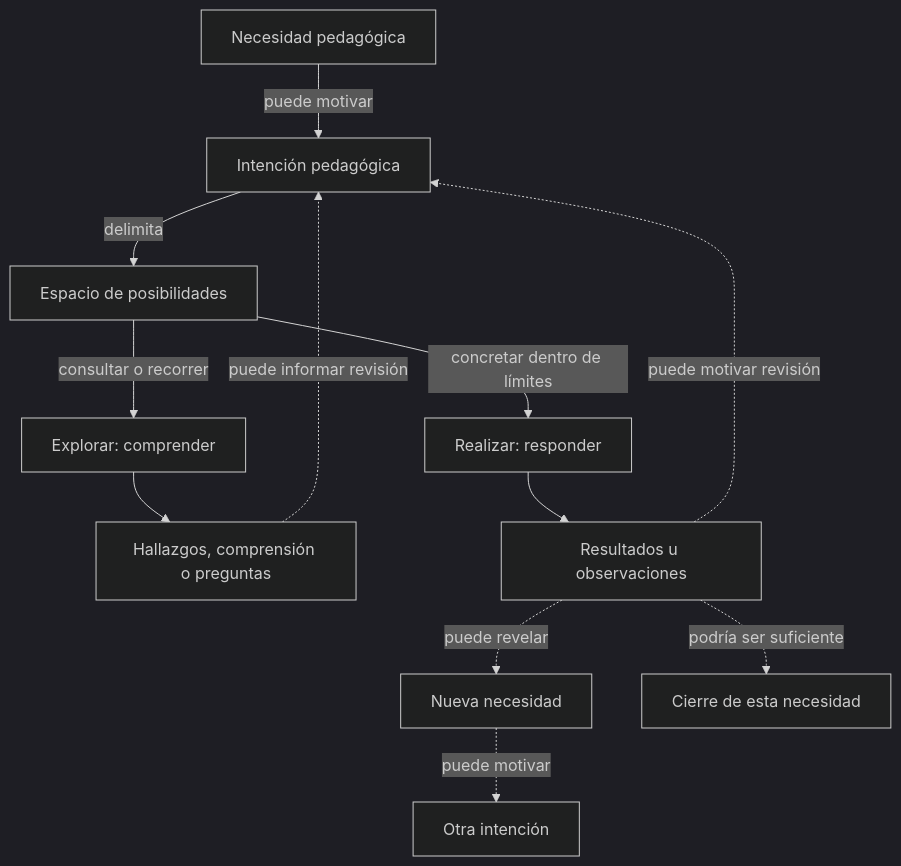
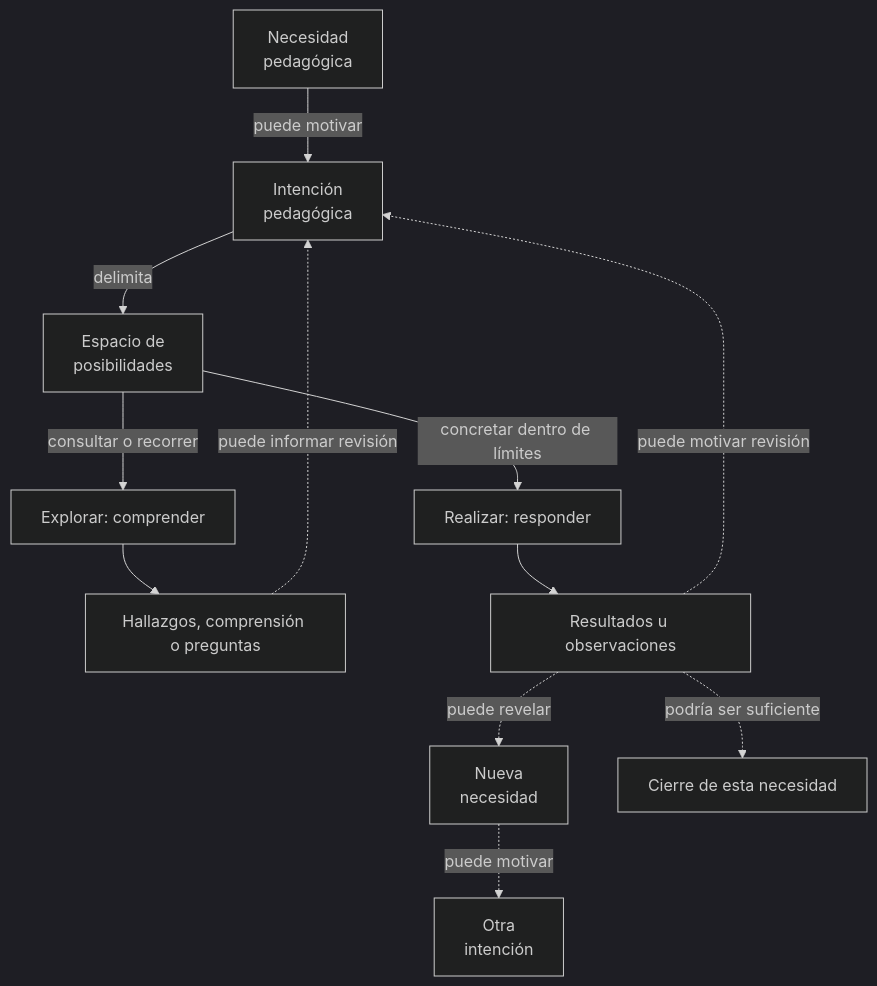
Before and after one commit to the-alive-lab/tdidacta: the diagram in lifecycle/recursive-pedagogical-resolution.md, drawn with Mermaid (dark theme).

Commit message:
docs: wrap lifecycle Mermaid node labels for readability

````diff
--- a/lifecycle/recursive-pedagogical-resolution.md
+++ b/lifecycle/recursive-pedagogical-resolution.md
@@ -19,14 +19,14 @@
 ```mermaid
 flowchart TB
-    N["Necesidad pedagógica"] -->|puede motivar| I["Intención pedagógica"]
-    I -->|delimita| S["Espacio de posibilidades"]
+    N["Necesidad<br/>pedagógica"] -->|puede motivar| I["Intención<br/>pedagógica"]
+    I -->|delimita| S["Espacio de<br/>posibilidades"]
     S -->|consultar o recorrer| E["Explorar: comprender"]
     S -->|concretar dentro de límites| R["Realizar: responder"]
     E --> H["Hallazgos, comprensión o preguntas"]
     R --> O["Resultados u observaciones"]
     H -.->|puede informar revisión| I
     O -.->|puede motivar revisión| I
-    O -.->|puede revelar| NN["Nueva necesidad"]
-    NN -.->|puede motivar| I2["Otra intención"]
+    O -.->|puede revelar| NN["Nueva<br/>necesidad"]
+    NN -.->|puede motivar| I2["Otra<br/>intención"]
     O -.->|podría ser suficiente| C["Cierre de esta necesidad"]
 ```
````
